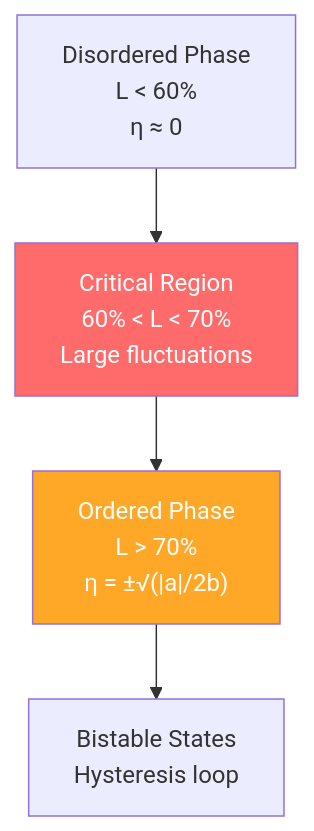
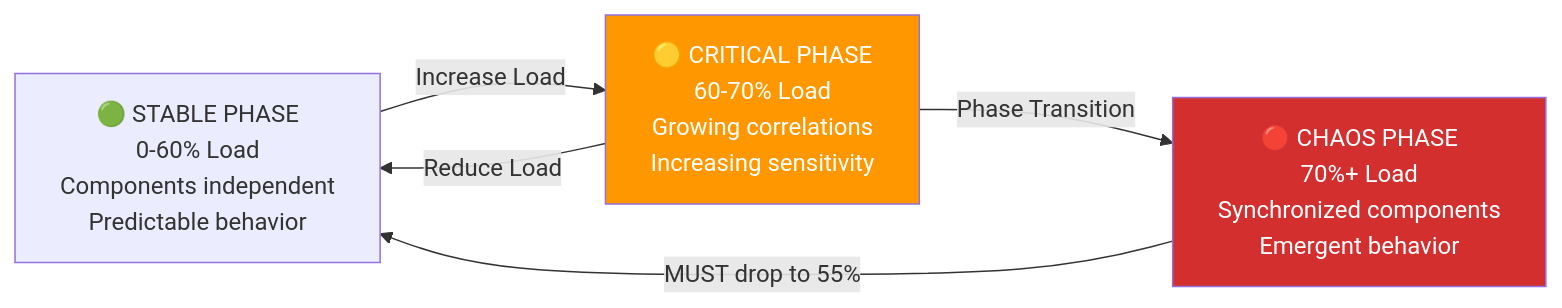
One commit to deepaucksharma/DStudio changed the diagram in docs/core-principles/laws/emergent-chaos.md. Above: the diagram before and after it, drawn with Mermaid. The commit also changed other lines of this file and 17 other files, not shown here.

````diff
--- a/docs/core-principles/laws/emergent-chaos.md
+++ b/docs/core-principles/laws/emergent-chaos.md
@@ -209,9 +140,16 @@
 ```mermaid
-flowchart TD
-    A["Disordered Phase<br/>L < 60%<br/>η ≈ 0"] --> B["Critical Region<br/>60% < L < 70%<br/>Large fluctuations"]
-    B --> C["Ordered Phase<br/>L > 70%<br/>η = ±√(|a|/2b)"]
-    C --> D["Bistable States<br/>Hysteresis loop"]
+flowchart LR
+    A["🟢 STABLE PHASE<br/>0-60% Load<br/>Components independent<br/>Predictable behavior"] 
     
-    style B fill:#ff6b6b,color:#fff
-    style C fill:#ffa726,color:#fff
+    B["🟡 CRITICAL PHASE<br/>60-70% Load<br/>Growing correlations<br/>Increasing sensitivity"]
+    
+    C["🔴 CHAOS PHASE<br/>70%+ Load<br/>Synchronized components<br/>Emergent behavior"]
+    
+    A -->|"Increase Load"| B
+    B -->|"Phase Transition"| C
+    B -->|"Reduce Load"| A
+    C -->|"MUST drop to 55%"| A
+    
+    style B fill:#ff9800,color:#fff
+    style C fill:#d32f2f,color:#fff
 ```
````
